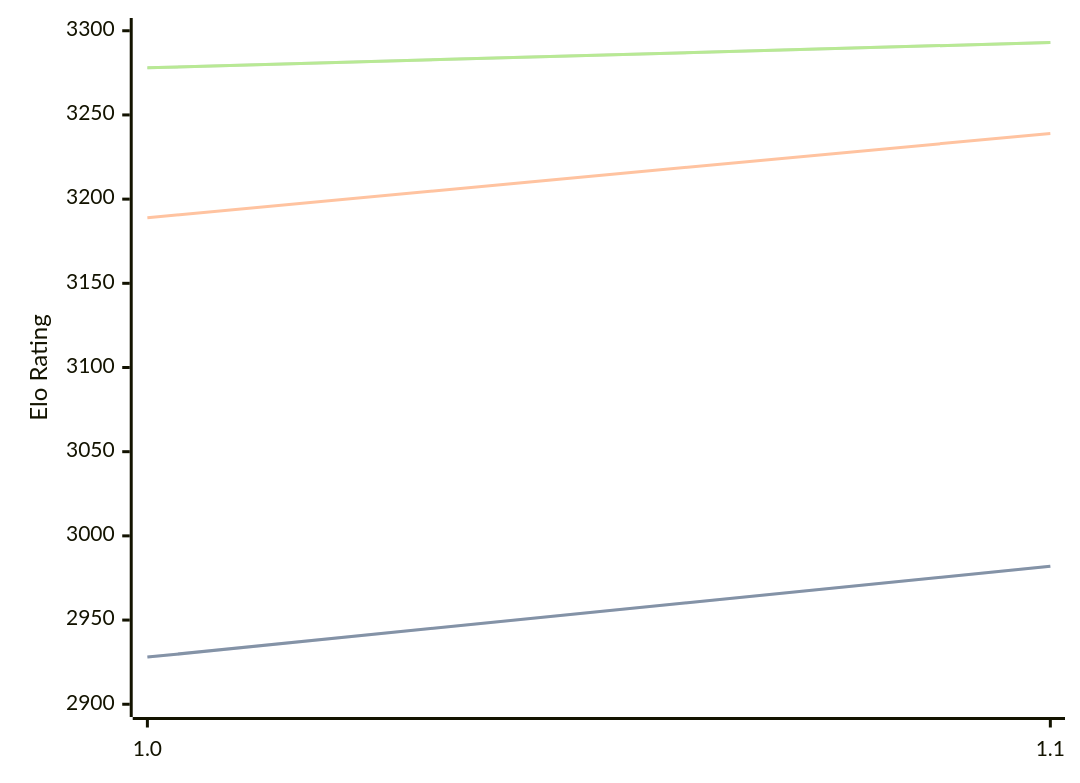
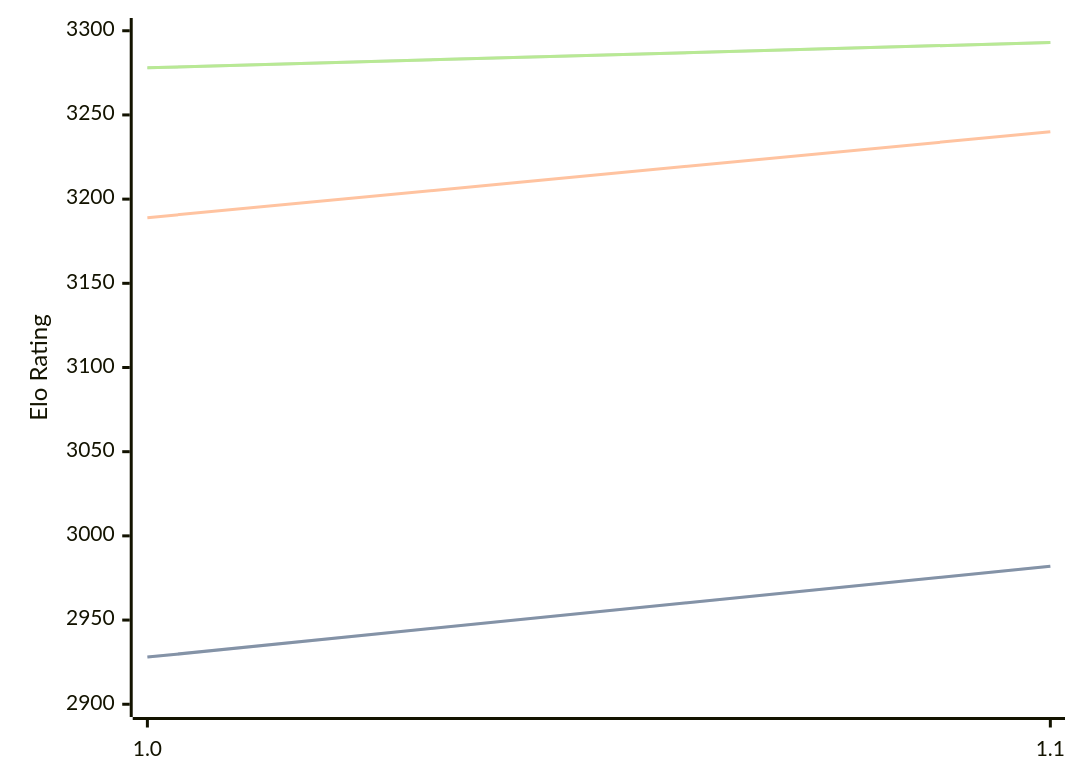
The diagram in engines/RodentV.md (computer-chess-index/cci), drawn with Mermaid before and after one commit. The commit also changed other lines of this file, not shown here.

````diff
--- a/engines/RodentV.md
+++ b/engines/RodentV.md
@@ -32,11 +32,11 @@
 ```mermaid
 %%{init: {"theme":"base","themeVariables":{"seriesColors:['#a3a3a3','#222221','#faa371']}}}%%
 xychart-beta
   x-axis ["1.0", "1.1"]
   y-axis "Elo Rating" 2900 --> 3300
   line "STC (8.0+0.08s)" [2928, 2982]
   line "STC (8.0+0.08s)" [2928, 2982]
-  line "LTC (60.0+0.60s)" [3189, 3239]
+  line "LTC (60.0+0.60s)" [3189, 3240]
   line "VLTC (2m24s+1.12s)" [3278, 3293]
   line "VLTC (2m24s+1.12s)" [3278, 3293]
 ```
````
